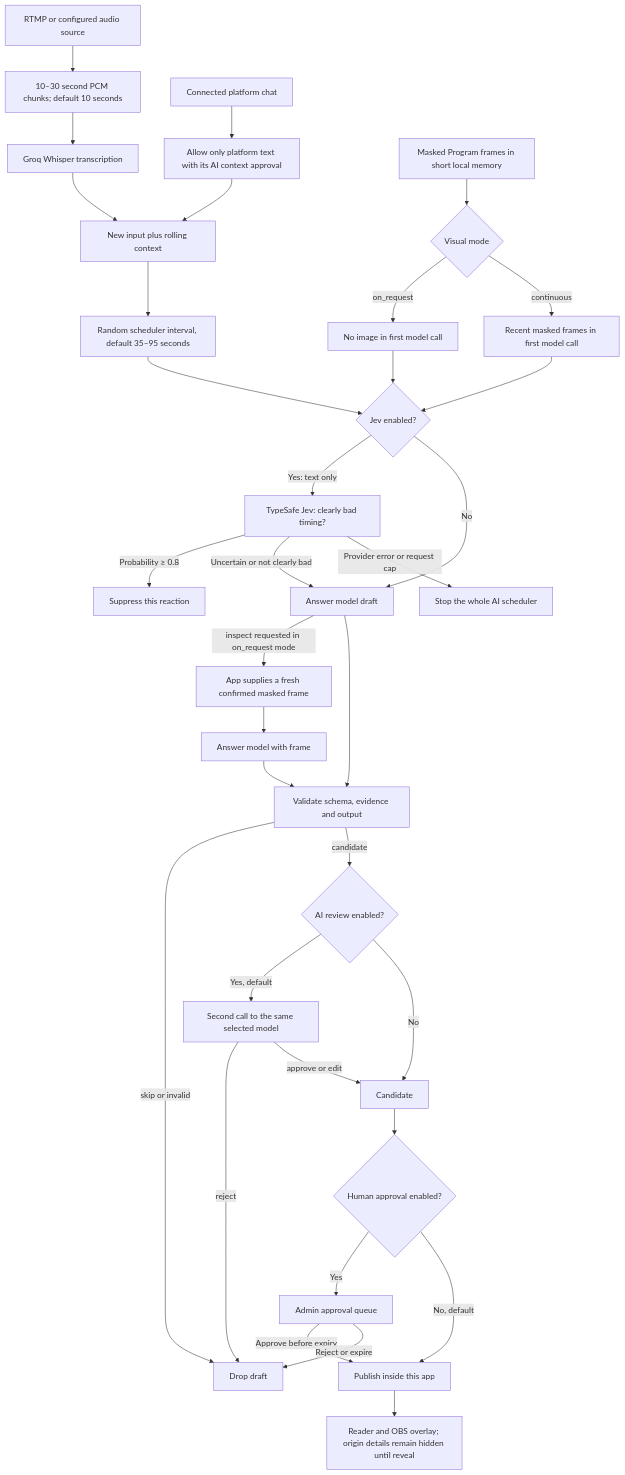
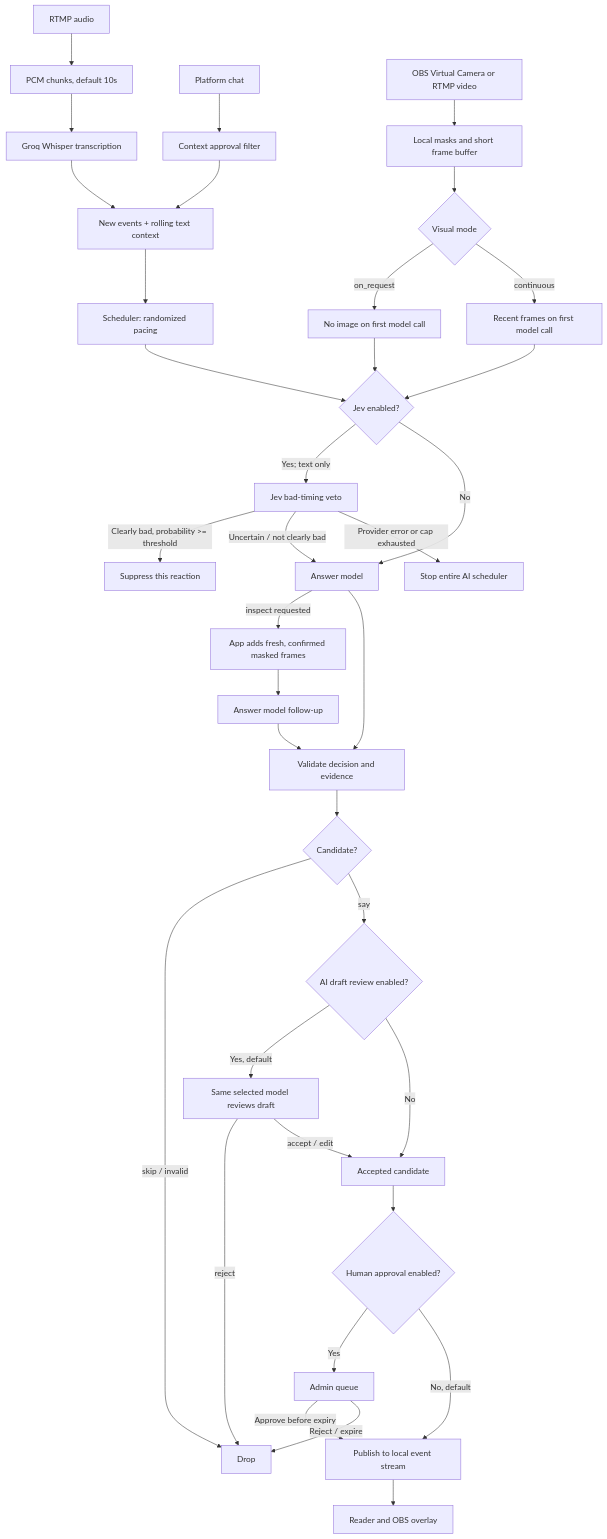
One commit to lllllrad/ai-fake-viewer changed the diagram in AI_FLOW.md. Above: the diagram before and after it, drawn with Mermaid. The commit also changed other lines of this file and 3 other files, not shown here.

````diff
--- a/AI_FLOW.md
+++ b/AI_FLOW.md
@@ -5,36 +7,38 @@
 ```mermaid
 flowchart TD
-  A[RTMP or configured audio source] --> B[10–30 second PCM chunks; default 10 seconds]
+  A[RTMP audio] --> B[PCM chunks, default 10s]
   B --> C[Groq Whisper transcription]
-  D[Connected platform chat] --> E[Allow only platform text with its AI context approval]
-  C --> F[New input plus rolling context]
+  D[Platform chat] --> E[Context approval filter]
+  C --> F[New events + rolling text context]
   E --> F
-  G[Masked Program frames in short local memory] --> H{Visual mode}
-  H -->|on_request| I[No image in first model call]
-  H -->|continuous| J[Recent masked frames in first model call]
-  F --> K[Random scheduler interval, default 35–95 seconds]
-  I --> L{Jev enabled?}
-  J --> L
-  K --> L
-  L -->|Yes: text only| M[TypeSafe Jev: clearly bad timing?]
-  M -->|Probability ≥ 0.8| N[Suppress this reaction]
-  M -->|Uncertain or not clearly bad| O[Answer model draft]
-  M -->|Provider error or request cap| P[Stop the whole AI scheduler]
-  L -->|No| O
-  O -->|inspect requested in on_request mode| Q[App supplies a fresh confirmed masked frame]
-  Q --> R[Answer model with frame]
-  R --> S[Validate schema, evidence and output]
-  O --> S
-  S -->|skip or invalid| T[Drop draft]
-  S -->|candidate| U{AI review enabled?}
-  U -->|Yes, default| V[Second call to the same selected model]
-  U -->|No| W[Candidate]
-  V -->|reject| T
-  V -->|approve or edit| W
-  W --> X{Human approval enabled?}
-  X -->|Yes| Y[Admin approval queue]
-  X -->|No, default| Z[Publish inside this app]
-  Y -->|Approve before expiry| Z
-  Y -->|Reject or expire| T
-  Z --> AA[Reader and OBS overlay; origin details remain hidden until reveal]
+  G[OBS Virtual Camera or RTMP video] --> H[Local masks and short frame buffer]
+  F --> I[Scheduler: randomized pacing]
+  H --> J{Visual mode}
+  J -->|on_request| K[No image on first model call]
+  J -->|continuous| L[Recent frames on first model call]
+  I --> M{Jev enabled?}
+  K --> M
+  L --> M
+  M -->|Yes; text only| N[Jev bad-timing veto]
+  N -->|Clearly bad, probability >= threshold| O[Suppress this reaction]
+  N -->|Uncertain / not clearly bad| P[Answer model]
+  N -->|Provider error or cap exhausted| Q[Stop entire AI scheduler]
+  M -->|No| P
+  P -->|inspect requested| R[App adds fresh, confirmed masked frames]
+  R --> S[Answer model follow-up]
+  S --> T[Validate decision and evidence]
+  P --> T
+  T --> U{Candidate?}
+  U -->|skip / invalid| V[Drop]
+  U -->|say| W{AI draft review enabled?}
+  W -->|Yes, default| X[Same selected model reviews draft]
+  W -->|No| Y[Accepted candidate]
+  X -->|reject| V
+  X -->|accept / edit| Y
+  Y --> Z{Human approval enabled?}
+  Z -->|Yes| AA[Admin queue]
+  Z -->|No, default| AB[Publish to local event stream]
+  AA -->|Approve before expiry| AB
+  AA -->|Reject / expire| V
+  AB --> AC[Reader and OBS overlay]
 ```
````
